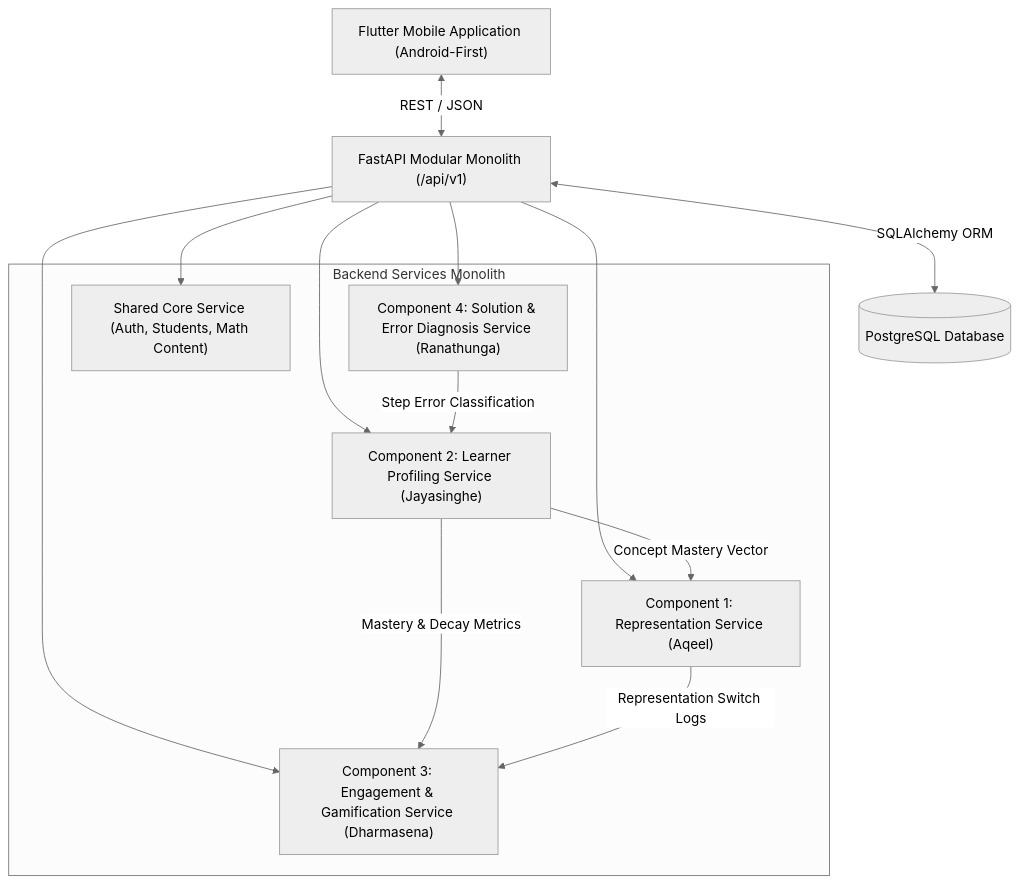
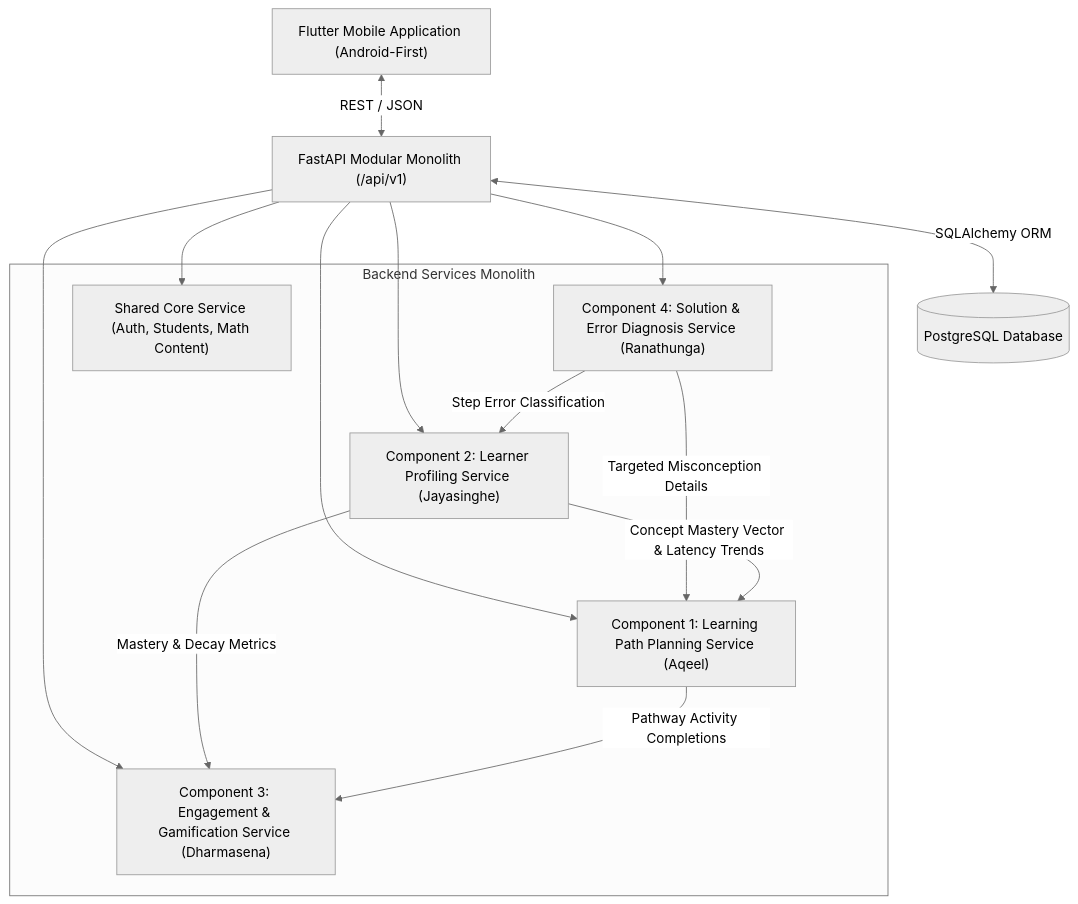
Before and after one commit to aqeel-prxy/J26-IT-453-AI-Adaptive-Learning: the diagram in docs/architecture/component-dependency-map.md, drawn with Mermaid (neutral theme). The commit also changed other lines of this file and 8 other files, not shown here.

Commit message:
docs: revise Aqeel research component scope and architecture for learning path planning

````diff
--- a/docs/architecture/component-dependency-map.md
+++ b/docs/architecture/component-dependency-map.md
@@ -10,28 +9,29 @@
 ```mermaid
 graph TD
     Client["Flutter Mobile Application (Android-First)"]
     API["FastAPI Modular Monolith (/api/v1)"]
     DB[("PostgreSQL Database")]
 
     Client <-->|REST / JSON| API
     API <-->|SQLAlchemy ORM| DB
 
     subgraph Backend Services Monolith
+        C1["Component 1: Learning Path Planning Service (Aqeel)"]
         C2["Component 2: Learner Profiling Service (Jayasinghe)"]
-        C1["Component 1: Representation Service (Aqeel)"]
         C4["Component 4: Solution & Error Diagnosis Service (Ranathunga)"]
         C3["Component 3: Engagement & Gamification Service (Dharmasena)"]
         Core["Shared Core Service (Auth, Students, Math Content)"]
     end
 
     API --> C1
     API --> C2
     API --> C3
     API --> C4
     API --> Core
 
     C4 -->|Step Error Classification| C2
-    C2 -->|Concept Mastery Vector| C1
+    C4 -->|Targeted Misconception Details| C1
+    C2 -->|Concept Mastery Vector & Latency Trends| C1
     C2 -->|Mastery & Decay Metrics| C3
-    C1 -->|Representation Switch Logs| C3
+    C1 -->|Pathway Activity Completions| C3
 ```
````
